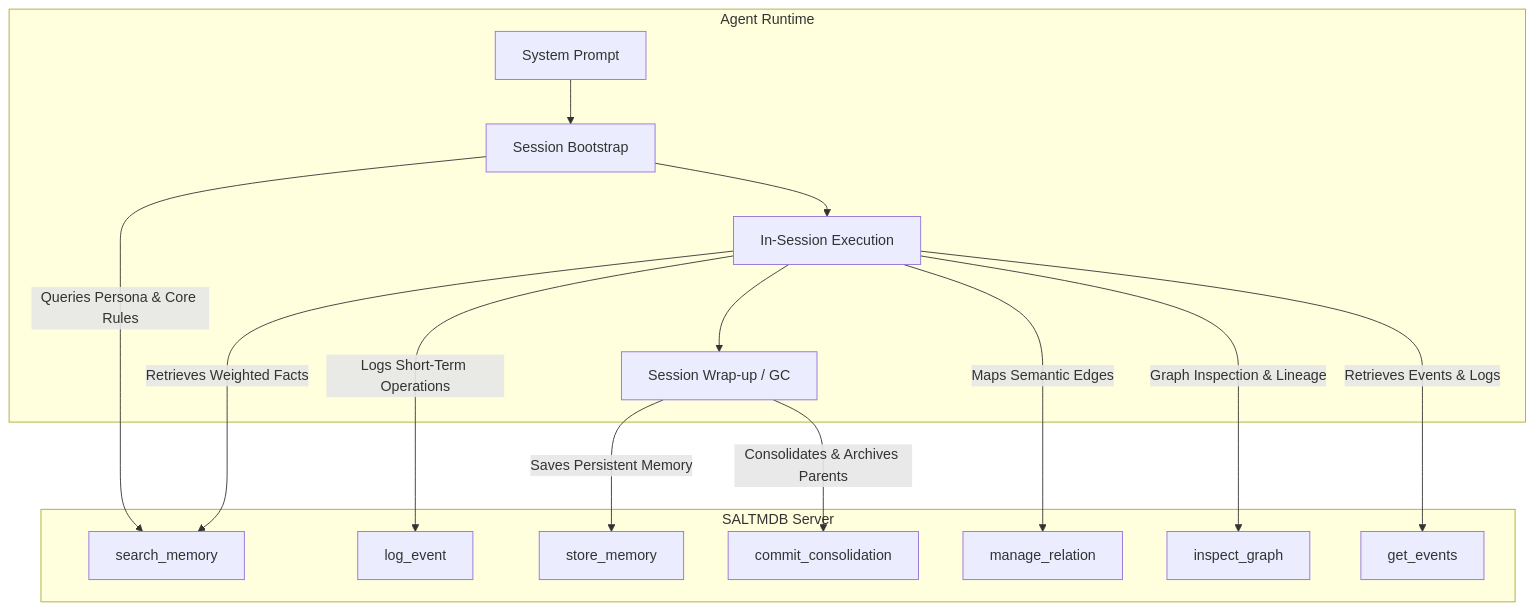
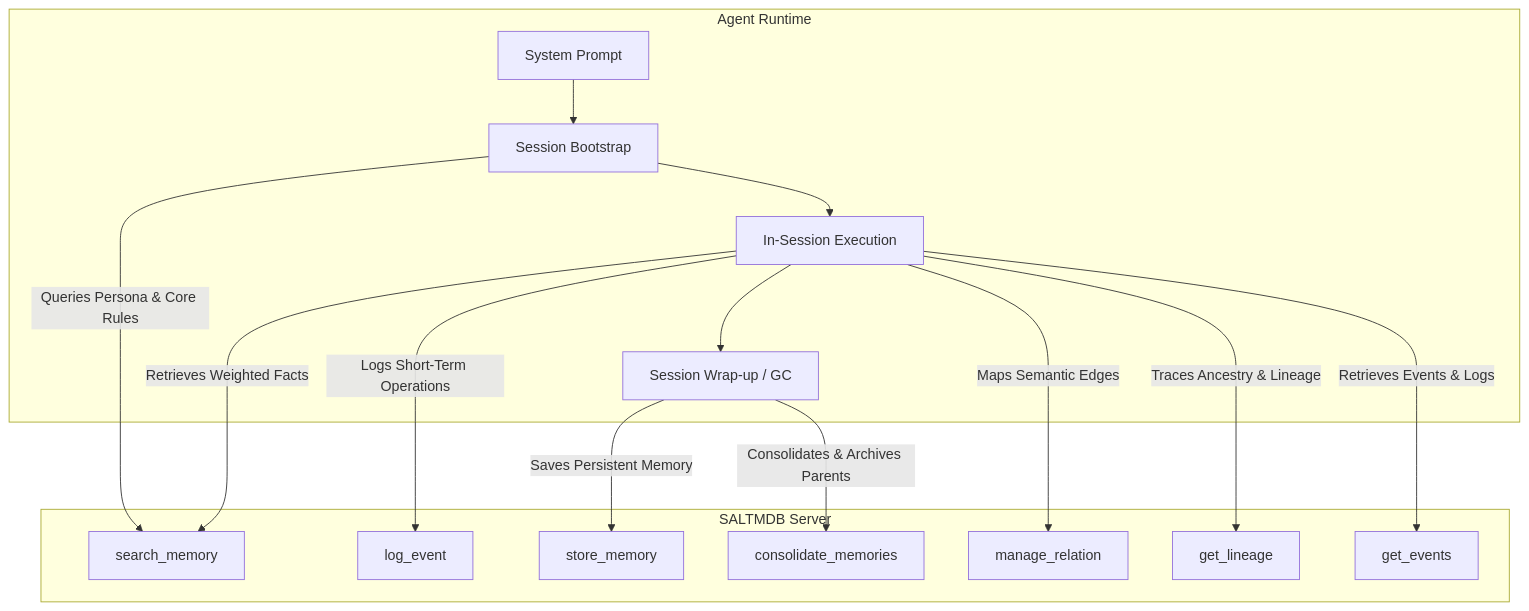
The first of 2 diagrams in AGENT_GUIDE.md (zbalint/SALTMDB), drawn with Mermaid before and after one commit. The commit also changed other lines of this file and 6 other files, not shown here.

````diff
--- a/AGENT_GUIDE.md
+++ b/AGENT_GUIDE.md
@@ -11,18 +11,18 @@
 ```mermaid
 graph TD
     subgraph Client [Agent Runtime]
         A[System Prompt] --> B[Session Bootstrap]
         B --> C[In-Session Execution]
         C --> D[Session Wrap-up / GC]
     end
     subgraph MCP [SALTMDB Server]
         B -->|Queries Persona & Core Rules| E[search_memory]
         C -->|Logs Short-Term Operations| F[log_event]
         C -->|Retrieves Weighted Facts| E
         D -->|Saves Persistent Memory| G[store_memory]
-        D -->|Consolidates & Archives Parents| H[commit_consolidation]
+        D -->|Consolidates & Archives Parents| H[consolidate_memories]
         C -->|Maps Semantic Edges| I[manage_relation]
-        C -->|Graph Inspection & Lineage| J[inspect_graph]
+        C -->|Traces Ancestry & Lineage| J[get_lineage]
         C -->|Retrieves Events & Logs| K[get_events]
     end
 ```
````
